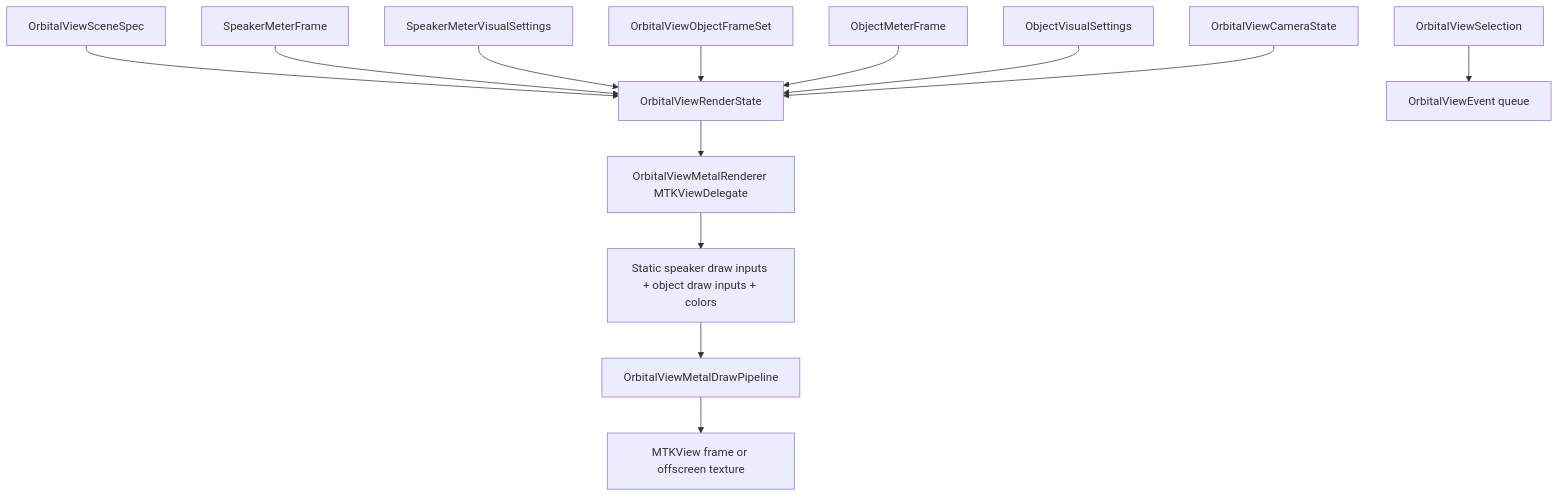
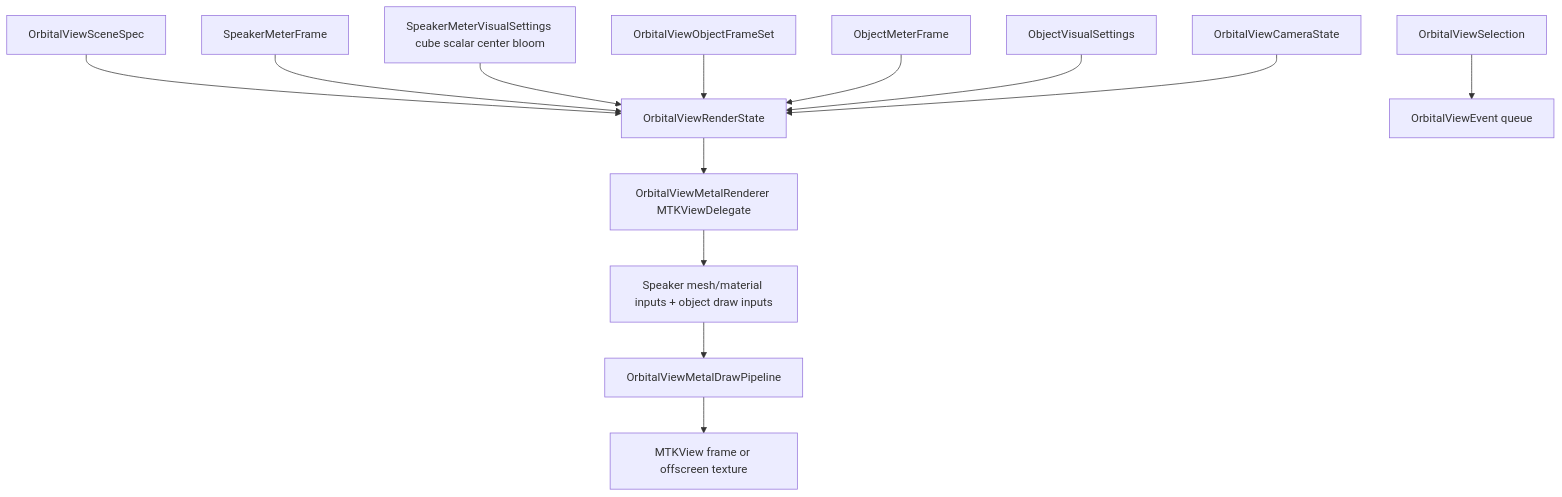
The eighth of 15 diagrams in docs/system-flows.md (jebagu/orbital-view), drawn with Mermaid before and after one commit. The commit also changed other lines of this file and 37 other files, not shown here.

````diff
--- a/docs/system-flows.md
+++ b/docs/system-flows.md
@@ -56,15 +112,15 @@
 ```mermaid
 flowchart TD
   Scene["OrbitalViewSceneSpec"] --> State["OrbitalViewRenderState"]
   Meters["SpeakerMeterFrame"] --> State
-  MeterSettings["SpeakerMeterVisualSettings"] --> State
+  MeterSettings["SpeakerMeterVisualSettings cube scalar center bloom"] --> State
   Objects["OrbitalViewObjectFrameSet"] --> State
   ObjectMeters["ObjectMeterFrame"] --> State
   ObjectSettings["ObjectVisualSettings"] --> State
   Camera["OrbitalViewCameraState"] --> State
   Selection["OrbitalViewSelection"] --> Events["OrbitalViewEvent queue"]
   State --> Delegate["OrbitalViewMetalRenderer MTKViewDelegate"]
-  Delegate --> Inputs["Static speaker draw inputs + object draw inputs + colors"]
+  Delegate --> Inputs["Speaker mesh/material inputs + object draw inputs"]
   Inputs --> Pipeline["OrbitalViewMetalDrawPipeline"]
   Pipeline --> Frame["MTKView frame or offscreen texture"]
 ```
````
